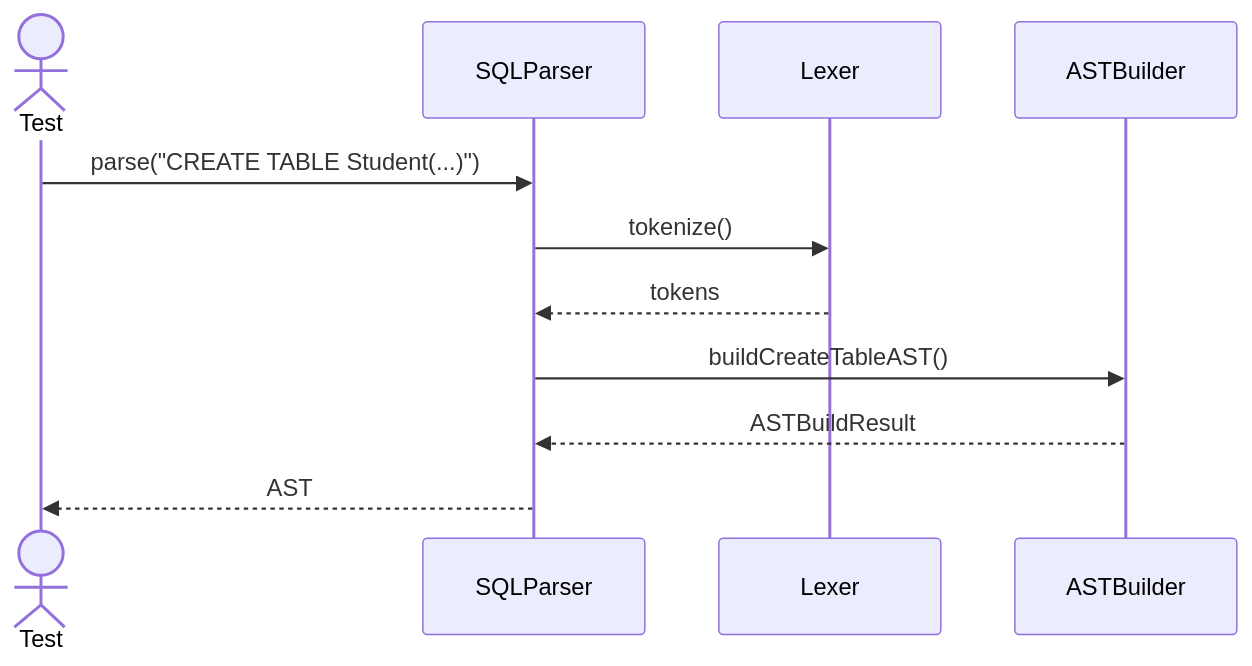
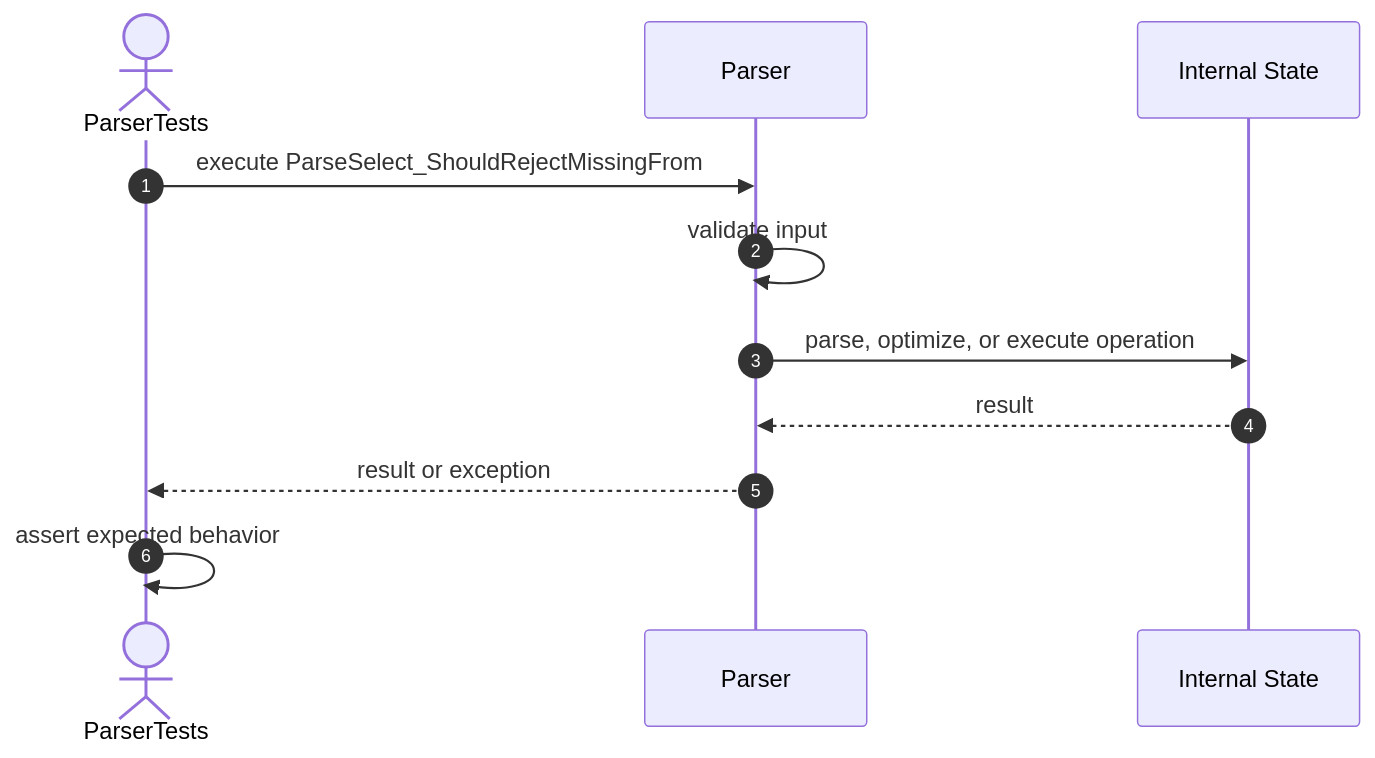
One commit to FhuAnn/-bbv-AN-s-DBMS changed the eighth of 22 diagrams in src/tests/unit/query/sequences/sql-parser-testing.se.md. Above: the diagram before and after it, drawn with Mermaid. The commit also changed other lines of this file and 36 other files, not shown here.

````diff
--- a/src/tests/unit/query/sequences/sql-parser-testing.se.md
+++ b/src/tests/unit/query/sequences/sql-parser-testing.se.md
@@ -118,14 +124,14 @@
 ```mermaid
 sequenceDiagram
-actor Test
-participant SQLParser
-participant Lexer
-participant ASTBuilder
+    autonumber
+    actor Test as ParserTests
+    participant Target as Parser
+    participant Internal as Internal State
 
-Test->>SQLParser: parse("CREATE TABLE Student(...)")
-SQLParser->>Lexer: tokenize()
-Lexer-->>SQLParser: tokens
-SQLParser->>ASTBuilder: buildCreateTableAST()
-ASTBuilder-->>SQLParser: ASTBuildResult
-SQLParser-->>Test: AST
+    Test->>Target: execute ParseSelect_ShouldRejectMissingFrom
+    Target->>Target: validate input
+    Target->>Internal: parse, optimize, or execute operation
+    Internal-->>Target: result
+    Target-->>Test: result or exception
+    Test->>Test: assert expected behavior
 ```
````
